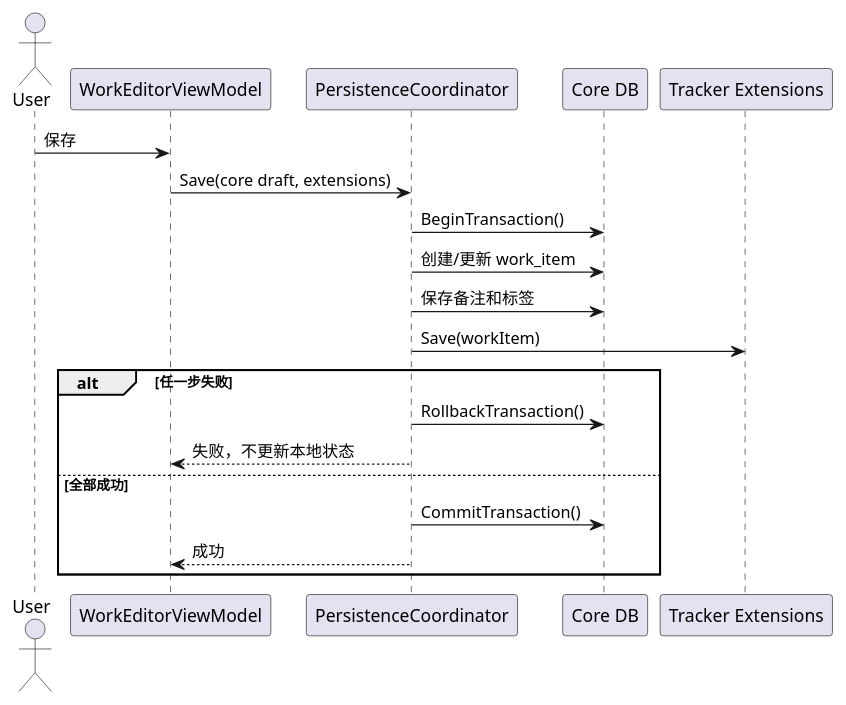
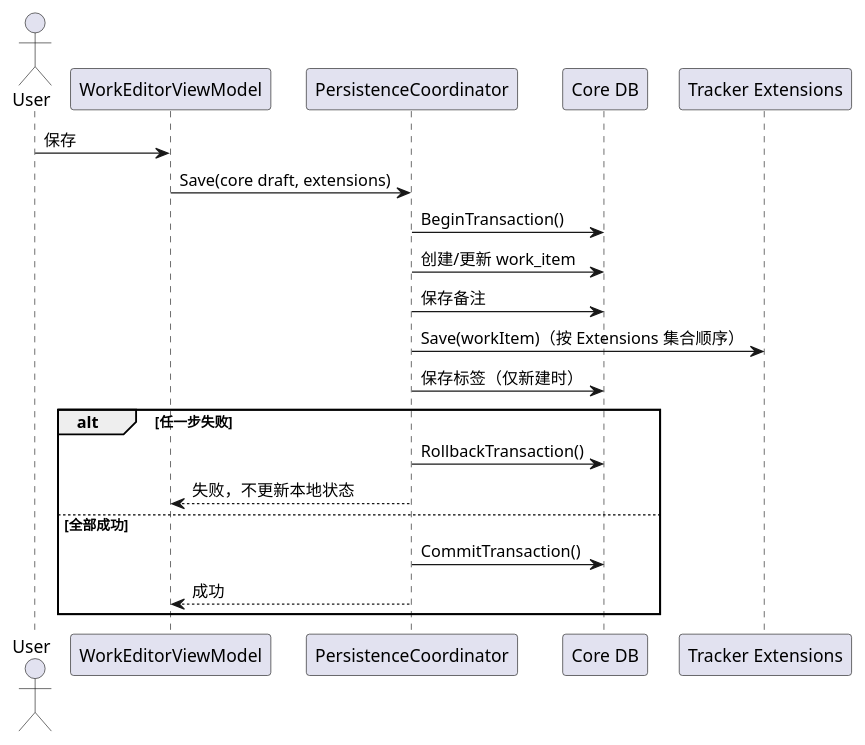
The second of 3 diagrams in Docs/MultiTrackerEditorDesign.md (micro123/diary-app), drawn with PlantUML before and after one commit. The commit also changed other lines of this file and 34 other files, not shown here.

````diff
--- a/Docs/MultiTrackerEditorDesign.md
+++ b/Docs/MultiTrackerEditorDesign.md
@@ -186,23 +188,24 @@
 ```plantuml
 @startuml
 actor User
 participant "WorkEditorViewModel" as VM
 participant "PersistenceCoordinator" as C
 participant "Core DB" as DB
 participant "Tracker Extensions" as Ext
 
 User -> VM : 保存
 VM -> C : Save(core draft, extensions)
 C -> DB : BeginTransaction()
 C -> DB : 创建/更新 work_item
-C -> DB : 保存备注和标签
-C -> Ext : Save(workItem)
+C -> DB : 保存备注
+C -> Ext : Save(workItem)（按 Extensions 集合顺序）
+C -> DB : 保存标签（仅新建时）
 alt 任一步失败
   C -> DB : RollbackTransaction()
   C --> VM : 失败，不更新本地状态
 else 全部成功
   C -> DB : CommitTransaction()
   C --> VM : 成功
 end
 @enduml
 ```
````
